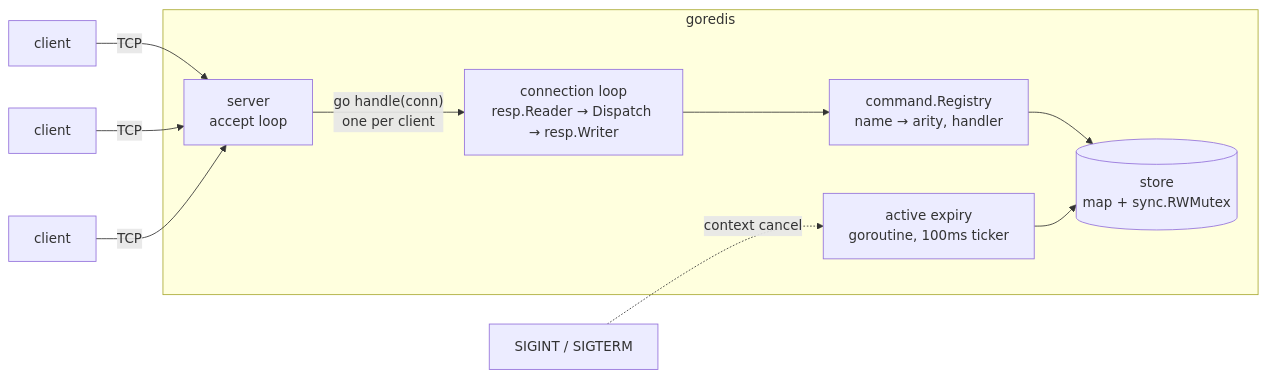
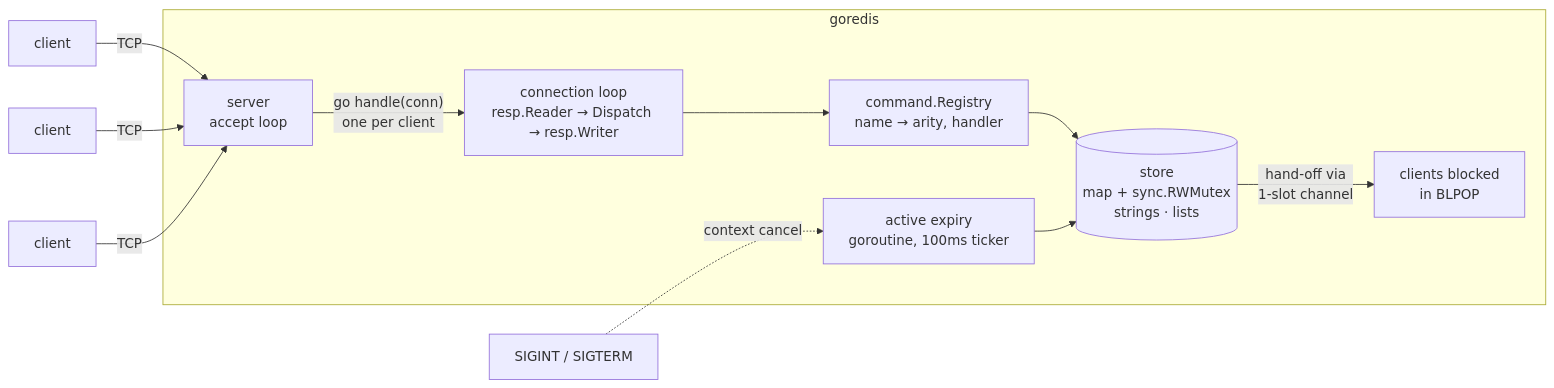
Before and after one commit to AbhishekBasnet/goredis: the diagram in README.md, drawn with Mermaid. The commit also changed other lines of this file, not shown here.

Commit message:
README: document lists and the blocking pop design

````diff
--- a/README.md
+++ b/README.md
@@ -42,13 +43,14 @@
 ```mermaid
 flowchart LR
     C1[client] & C2[client] & C3[client] -- TCP --> A
 
     subgraph goredis
         A["server<br/>accept loop"] -->|"go handle(conn)<br/>one per client"| H["connection loop<br/>resp.Reader → Dispatch → resp.Writer"]
         H --> R["command.Registry<br/>name → arity, handler"]
-        R --> S[("store<br/>map + sync.RWMutex")]
+        R --> S[("store<br/>map + sync.RWMutex<br/>strings · lists")]
         E["active expiry<br/>goroutine, 100ms ticker"] --> S
+        S -- "hand-off via<br/>1-slot channel" --> B["clients blocked<br/>in BLPOP"]
     end
 
     SIG["SIGINT / SIGTERM"] -. "context cancel" .-> E
 ```
````
